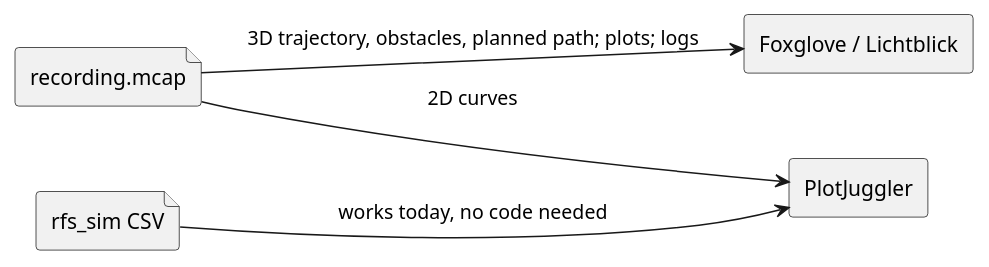
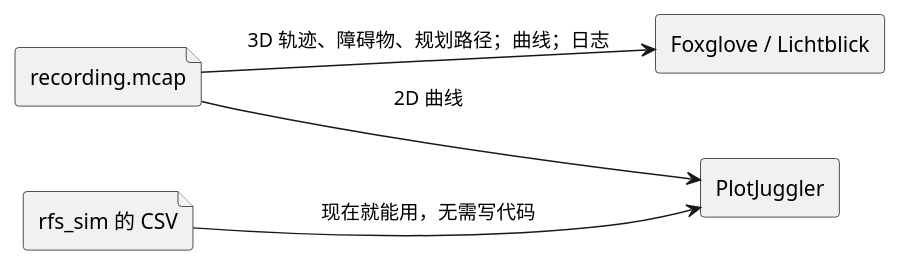
Before and after one commit to ravii/ruhnix-flight-system: the diagram in docs/diagrams/applog-visualization.puml, drawn with PlantUML. The commit also changed 12 other files, not shown here.

First line of the commit message:
docs: Chinese PlantUML diagrams without ":" in element names

```diff
--- a/docs/diagrams/applog-visualization.puml
+++ b/docs/diagrams/applog-visualization.puml
@@ -1,15 +1,15 @@
 @startuml
 ' rfs-diagram: applog-visualization
 skinparam componentStyle rectangle
 skinparam shadowing false
 
 left to right direction
 file "recording.mcap" as MCAP
-file "rfs_sim CSV" as CSV
+file "rfs_sim 的 CSV" as CSV
 component "Foxglove / Lichtblick" as FG
 component "PlotJuggler" as PJ
 
-MCAP --> FG : 3D trajectory, obstacles, planned path; plots; logs
-MCAP --> PJ : 2D curves
-CSV --> PJ : works today, no code needed
+MCAP --> FG : 3D 轨迹、障碍物、规划路径；曲线；日志
+MCAP --> PJ : 2D 曲线
+CSV --> PJ : 现在就能用，无需写代码
 @enduml
```
